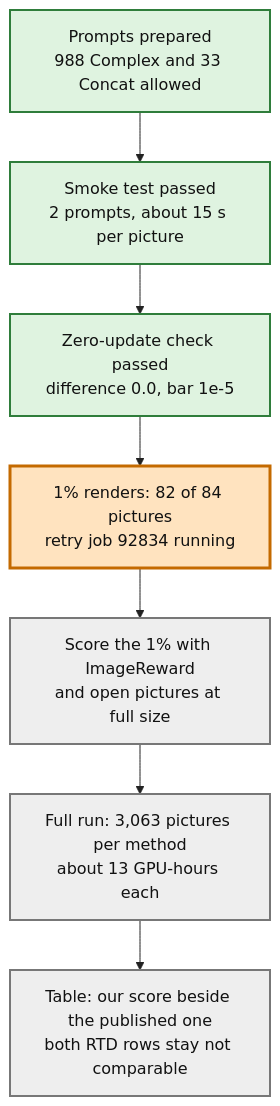
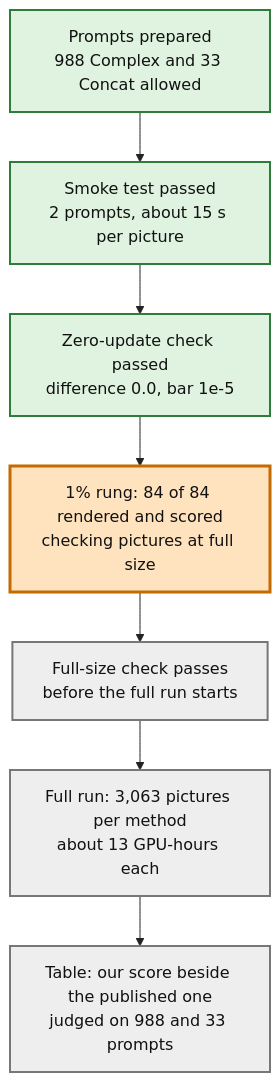
The diagram in artifacts/notes/progress/reproductions/RTD/where-the-rtd-run-stands.mmd (mo-rsa24/concept-composition), drawn with Mermaid before and after one commit. The commit also changed 9 other files, not shown here.

Commit message:
Reproductions: apply the owner latest answers: judge rows on the allowed prompts, and CoMat reproduces its SDXL numbers

```diff
--- a/artifacts/notes/progress/reproductions/RTD/where-the-rtd-run-stands.mmd
+++ b/artifacts/notes/progress/reproductions/RTD/where-the-rtd-run-stands.mmd
@@ -1,13 +1,13 @@
 %%{init: {'theme': 'base', 'themeVariables': {'fontFamily': 'monospace', 'primaryColor': '#ffffff', 'primaryBorderColor': '#222222', 'primaryTextColor': '#111111', 'lineColor': '#222222'}}}%%
 flowchart TD
   A["Prompts prepared<br/>988 Complex and 33 Concat allowed"]:::done
   B["Smoke test passed<br/>2 prompts, about 15 s per picture"]:::done
   C["Zero-update check passed<br/>difference 0.0, bar 1e-5"]:::done
-  D["1% renders: 82 of 84 pictures<br/>retry job 92834 running"]:::doing
-  E["Score the 1% with ImageReward<br/>and open pictures at full size"]:::todo
+  D["1% rung: 84 of 84 rendered and scored<br/>checking pictures at full size"]:::doing
+  E["Full-size check passes<br/>before the full run starts"]:::todo
   F["Full run: 3,063 pictures per method<br/>about 13 GPU-hours each"]:::todo
-  G["Table: our score beside the published one<br/>both RTD rows stay not comparable"]:::todo
+  G["Table: our score beside the published one<br/>judged on 988 and 33 prompts"]:::todo
   A --> B --> C --> D --> E --> F --> G
   classDef done fill:#dff3e0,stroke:#2f7d3b,stroke-width:2px,color:#111111
   classDef doing fill:#ffe3bf,stroke:#c46a00,stroke-width:3px,color:#111111
   classDef todo fill:#eeeeee,stroke:#777777,stroke-width:2px,color:#111111
```
